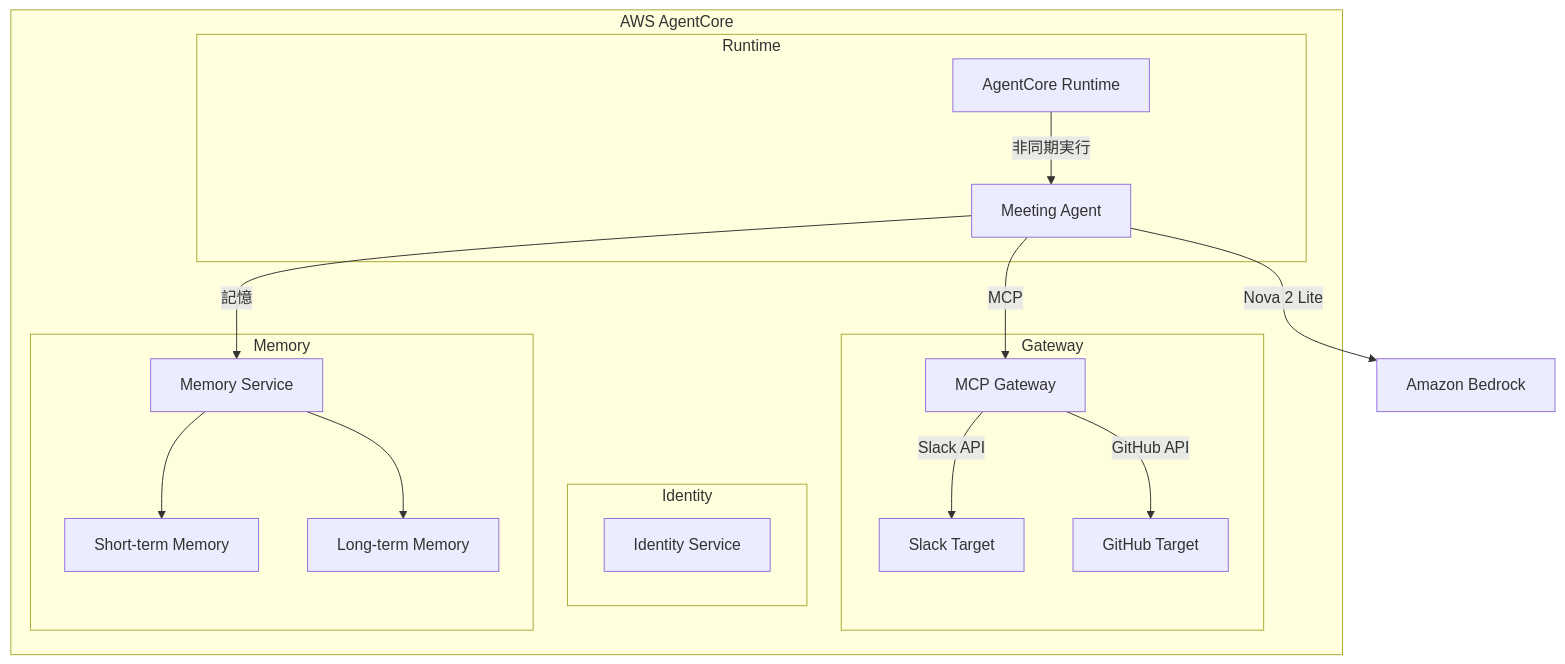
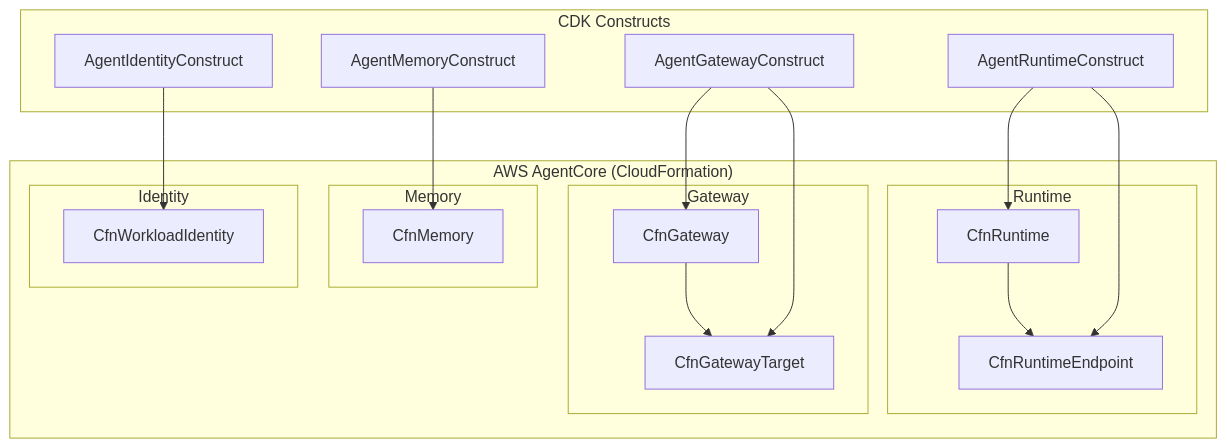
Before and after one commit to kawaaaas/agentcore-test: the diagram in .kiro/specs/02-agent-core/design.md, drawn with Mermaid. The commit also changed other lines of this file and 2 other files, not shown here.

First line of the commit message:
docs(spec): AgentCore Spec を L1 リソース実装に更新

````diff
--- a/.kiro/specs/02-agent-core/design.md
+++ b/.kiro/specs/02-agent-core/design.md
@@ -15,29 +15,38 @@
 ```mermaid
 graph TB
-    subgraph "AWS AgentCore"
+    subgraph "AWS AgentCore (CloudFormation)"
         subgraph "Runtime"
-            RT[AgentCore Runtime]
-            RT --> |非同期実行| AGENT[Meeting Agent]
+            RT[CfnRuntime]
+            RTE[CfnRuntimeEndpoint]
+            RT --> RTE
         end
 
         subgraph "Gateway"
-            GW[MCP Gateway]
-            GW --> |Slack API| SLACK[Slack Target]
-            GW --> |GitHub API| GITHUB[GitHub Target]
+            GW[CfnGateway]
+            GWT[CfnGatewayTarget]
+            GW --> GWT
+        end
+
+        subgraph "Memory"
+            MEM[CfnMemory]
         end
 
         subgraph "Identity"
-            ID[Identity Service]
-        end
-
-        subgraph "Memory"
-            MEM[Memory Service]
-            MEM --> STM[Short-term Memory]
-            MEM --> LTM[Long-term Memory]
+            WI[CfnWorkloadIdentity]
         end
     end
 
-    AGENT --> |Nova 2 Lite| BEDROCK[Amazon Bedrock]
-    AGENT --> |MCP| GW
-    AGENT --> |記憶| MEM
+    subgraph "CDK Constructs"
+        ARC[AgentRuntimeConstruct]
+        AGC[AgentGatewayConstruct]
+        AMC[AgentMemoryConstruct]
+        AIC[AgentIdentityConstruct]
+    end
+
+    ARC --> RT
+    ARC --> RTE
+    AGC --> GW
+    AGC --> GWT
+    AMC --> MEM
+    AIC --> WI
 ```
````
